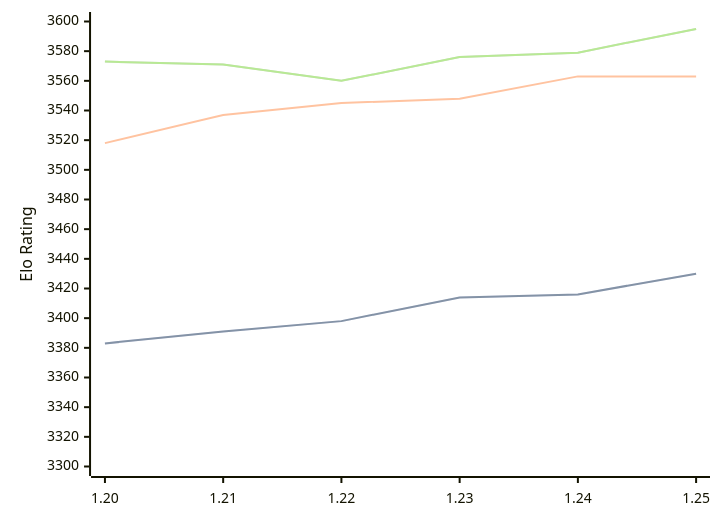
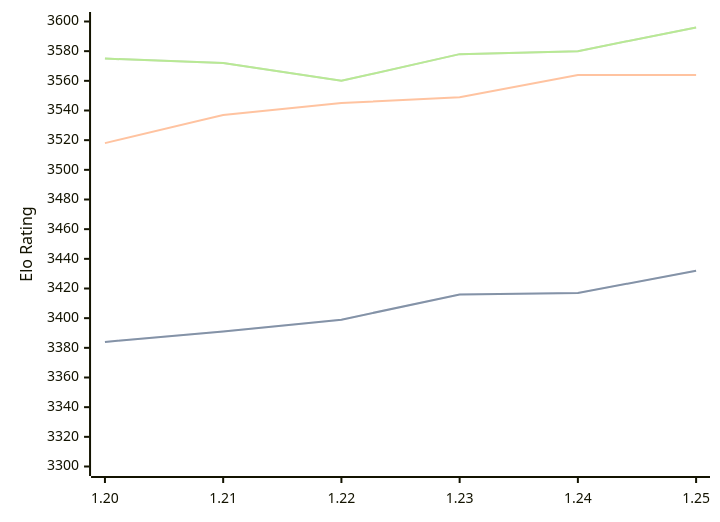
Before and after one commit to computer-chess-index/cci: the diagram in engines/Caissa.md, drawn with Mermaid. The commit also changed other lines of this file, not shown here.

Commit message:
Update CCI Ratings (ELO VLTC) - 2026-04-13

````diff
--- a/engines/Caissa.md
+++ b/engines/Caissa.md
@@ -65,11 +65,11 @@
 ```mermaid
 %%{init: {"theme":"base","themeVariables":{"seriesColors:['#a3a3a3','#222221','#faa371']}}}%%
 xychart-beta
   x-axis ["1.20", "1.21", "1.22", "1.23", "1.24", "1.25"]
   y-axis "Elo Rating" 3300 --> 3600
-  line "STC (8.0+0.08s)" [3383, 3391, 3398, 3414, 3416, 3430]
-  line "STC (8.0+0.08s)" [3383, 3391, 3398, 3414, 3416, 3430]
-  line "LTC (60.0+0.60s)" [3518, 3537, 3545, 3548, 3563, 3563]
-  line "VLTC (2m24s+1.12s)" [3573, 3571, 3560, 3576, 3579, 3595]
-  line "VLTC (2m24s+1.12s)" [3573, 3571, 3560, 3576, 3579, 3595]
+  line "STC (8.0+0.08s)" [3384, 3391, 3399, 3416, 3417, 3432]
+  line "STC (8.0+0.08s)" [3384, 3391, 3399, 3416, 3417, 3432]
+  line "LTC (60.0+0.60s)" [3518, 3537, 3545, 3549, 3564, 3564]
+  line "VLTC (2m24s+1.12s)" [3575, 3572, 3560, 3578, 3580, 3596]
+  line "VLTC (2m24s+1.12s)" [3575, 3572, 3560, 3578, 3580, 3596]
 ```
````
